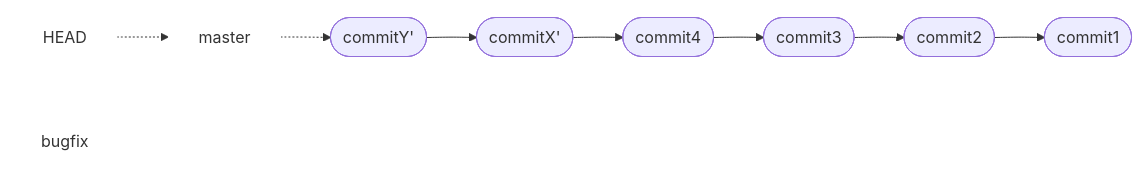
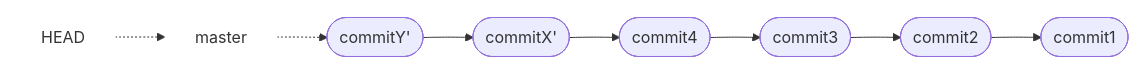
One commit to hpc2n/course-intro-git changed the seventh of 9 diagrams in docs/branches.md. Above: the diagram before and after it, drawn with Mermaid. The commit also changed other lines of this file, not shown here.

````diff
--- a/docs/branches.md
+++ b/docs/branches.md
@@ -952,25 +871,23 @@
 ```mermaid
 graph LR
 
-    master["master"]
+  master["master"]
   style master fill:#ffffff,stroke:#ffffff
   head["HEAD"]
   style head fill:#ffffff,stroke:#ffffff
-  bugfix["bugfix"]
-  style bugfix fill:#ffffff,stroke:#ffffff
 
   commit1(["commit1"])
   commit2(["commit2"])
   commit3(["commit3"])
   commit4(["commit4"])
   commitXp(["commitX'"])
   commitYp(["commitY'"])
 
   head -.-> master
   master -.-> commitYp
   commitYp --> commitXp
   commitXp --> commit4
   commit4 --> commit3
   commit3 --> commit2
   commit2 --> commit1
 ```
````
